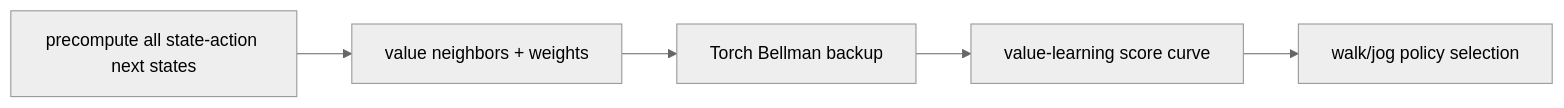
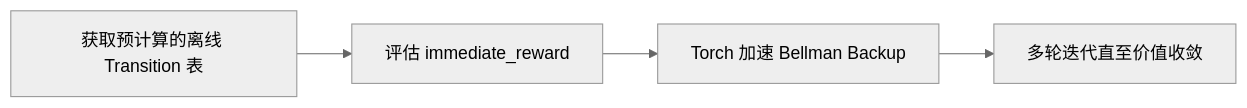
Before and after one commit to EvihGraphics/AnimationTech-HTC: the ninth of 9 diagrams in docs/blog/AnimationPapers/motion_fields_for_interactive_character_animation/README.md, drawn with Mermaid (neutral theme). The commit also changed other lines of this file and 17 other files, not shown here.

Commit message:
docs(blog): standardize AnimationPapers and Theory with modular mermaid flows and media assets

````diff
--- a/docs/blog/AnimationPapers/motion_fields_for_interactive_character_animation/README.md
+++ b/docs/blog/AnimationPapers/motion_fields_for_interactive_character_animation/README.md
@@ -96,7 +186,6 @@
 ```mermaid
 flowchart LR
-    P[precompute all state-action next states] --> T[value neighbors + weights]
-    T --> B[Torch Bellman backup]
-    B --> L[value-learning score curve]
-    L --> R[walk/jog policy selection]
+    A[获取预计算的离线 Transition 表] --> B[评估 immediate_reward]
+    B --> C[Torch 加速 Bellman Backup]
+    C --> D[多轮迭代直至价值收敛]
 ```
````
